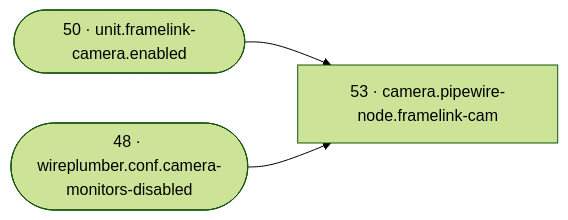
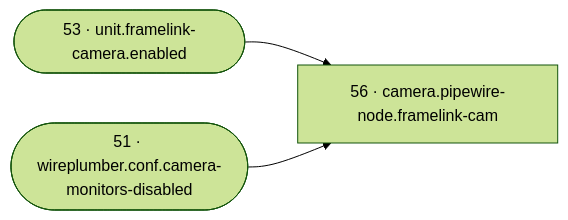
Before and after one commit to SixFive7/FrameLink: diagram 17 of 21 in reference/reconcile-dag.md, drawn with Mermaid (forest theme). The commit also changed other lines of this file and 12 other files, not shown here.

````diff
--- a/reference/reconcile-dag.md
+++ b/reference/reconcile-dag.md
@@ -460,8 +469,8 @@
 ```mermaid
 flowchart LR
-  r53["53 · camera.pipewire-node.framelink-cam"]
-  r48(["48 · wireplumber.conf.camera-monitors-disabled"])
-  r50(["50 · unit.framelink-camera.enabled"])
-  r50 --> r53
-  r48 --> r53
+  r56["56 · camera.pipewire-node.framelink-cam"]
+  r51(["51 · wireplumber.conf.camera-monitors-disabled"])
+  r53(["53 · unit.framelink-camera.enabled"])
+  r53 --> r56
+  r51 --> r56
 ```
````
